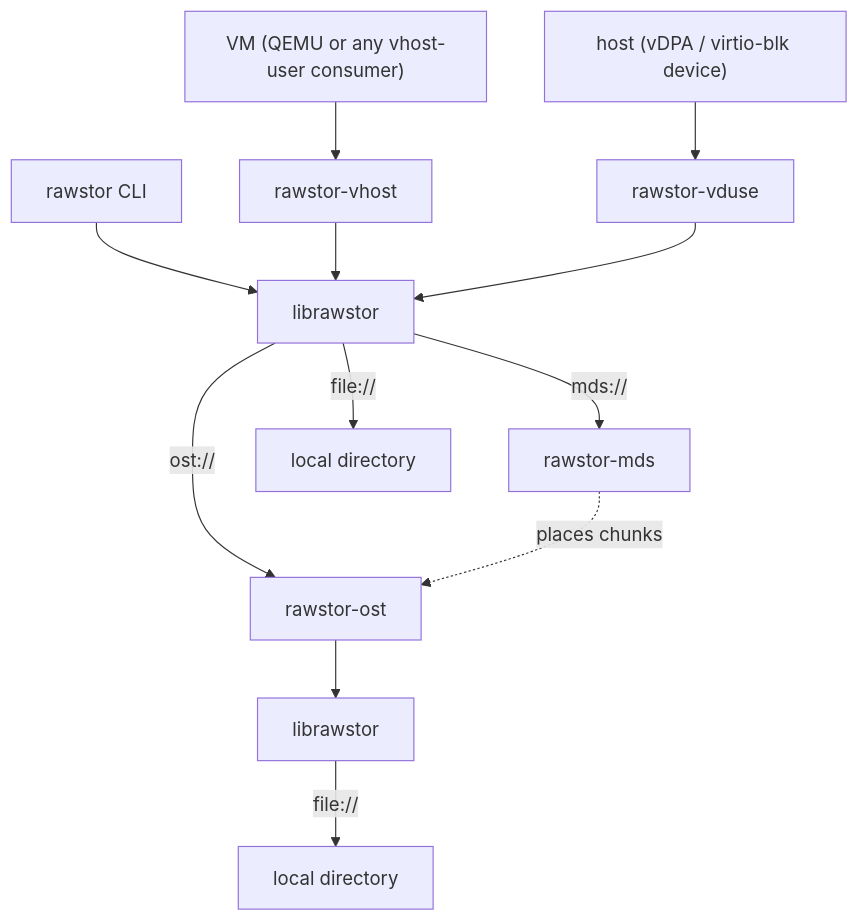
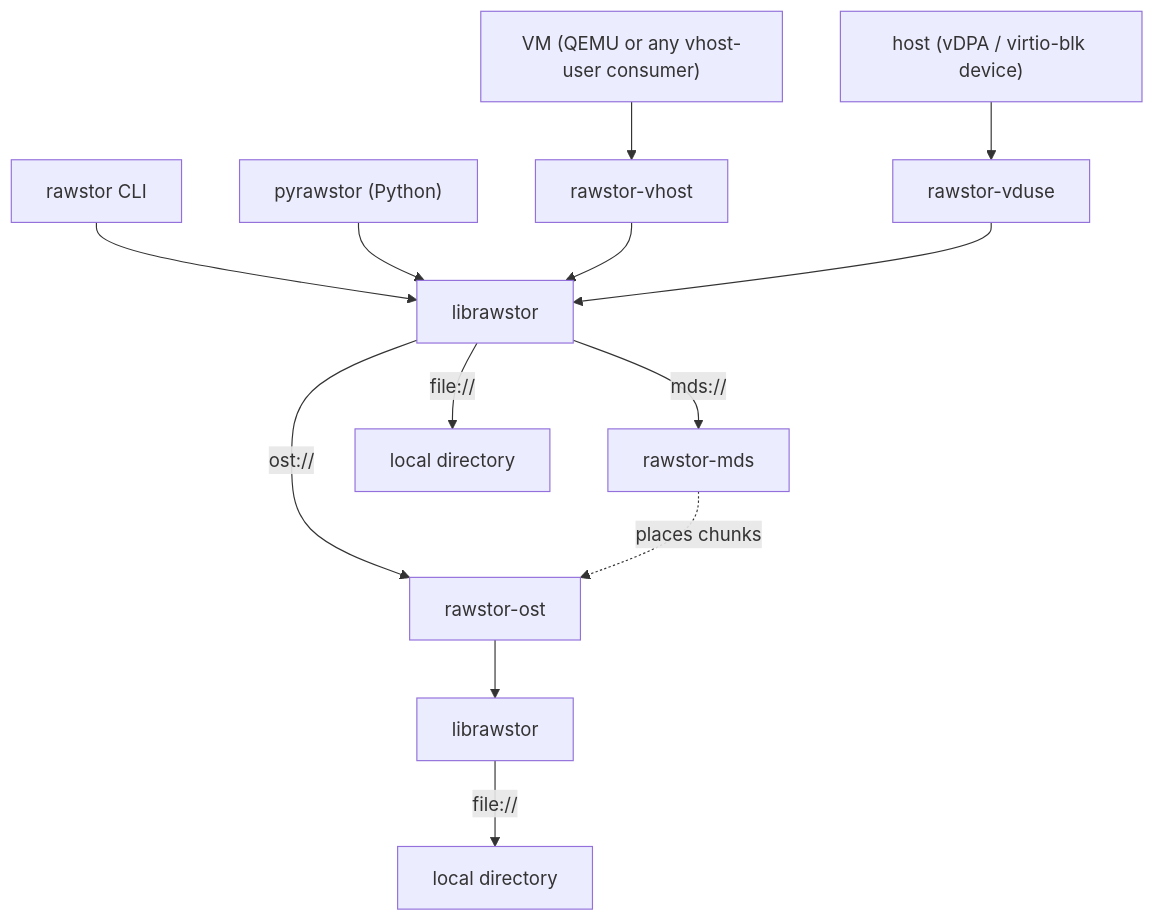
One commit to rawstor/librawstor changed the diagram in docs/index.md. Above: the diagram before and after it, drawn with Mermaid.

Commit message:
docs: add pyrawstor to the index diagram

````diff
--- a/docs/index.md
+++ b/docs/index.md
@@ -27,14 +27,15 @@
 ```mermaid
 flowchart TD
     vm["VM (QEMU or any vhost-user consumer)"] --> vhost["rawstor-vhost"]
     host["host (vDPA / virtio-blk device)"] --> vduse["rawstor-vduse"]
     cli["rawstor CLI"] --> lib["librawstor"]
+    py["pyrawstor (Python)"] --> lib
     vhost --> lib
     vduse --> lib
     lib -->|"mds://"| mds["rawstor-mds"]
     lib -->|"ost://"| ost1["rawstor-ost"]
     lib -->|"file://"| fs1["local directory"]
     mds -. "places chunks" .-> ost1
     ost1 --> lib2["librawstor"]
     lib2 -->|"file://"| fs2["local directory"]
 ```
````
